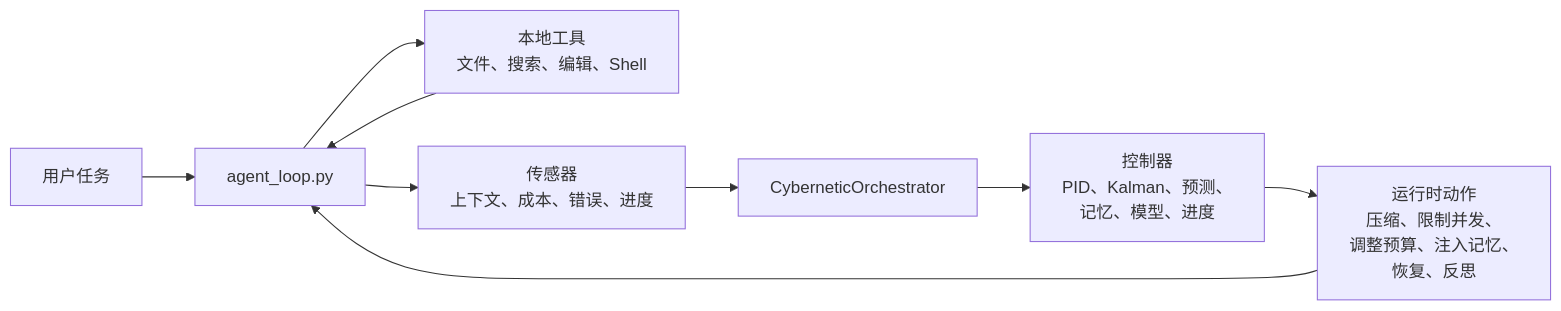
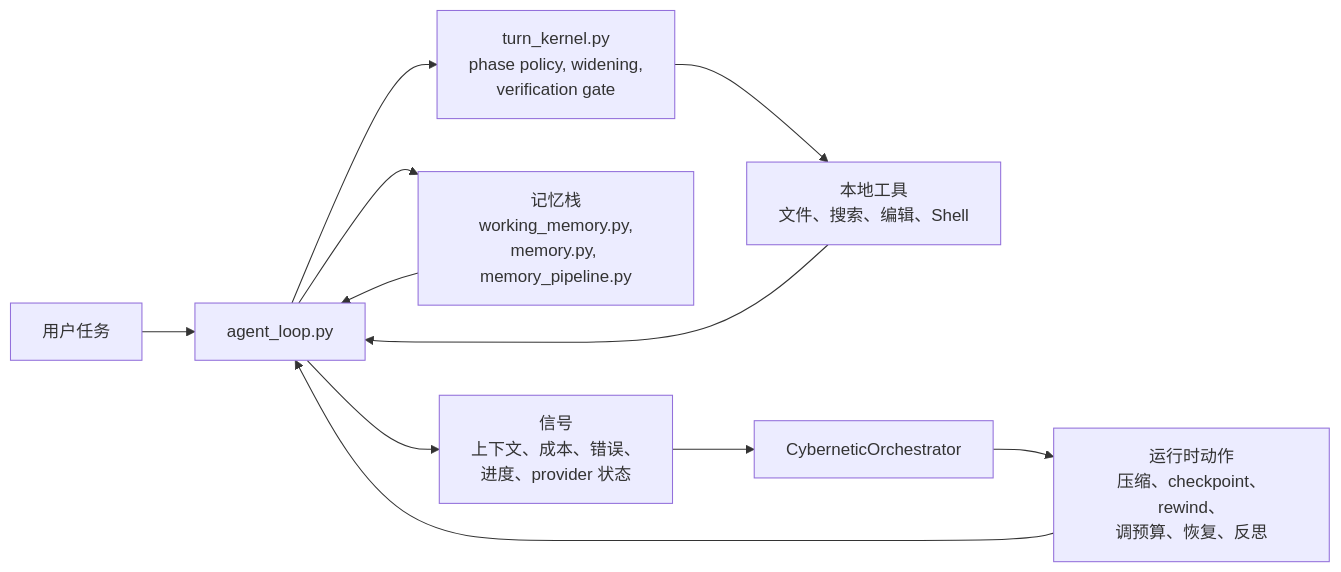
The second of 2 diagrams in README.zh-CN.md (Rrrrrr676/MiniCode-Python), drawn with Mermaid before and after one commit. The commit also changed other lines of this file and 2 other files, not shown here.

````diff
--- a/README.zh-CN.md
+++ b/README.zh-CN.md
@@ -53,12 +198,14 @@
 ```mermaid
 flowchart LR
     User["用户任务"] --> Loop["agent_loop.py"]
-    Loop --> Tools["本地工具<br/>文件、搜索、编辑、Shell"]
+    Loop --> Kernel["turn_kernel.py<br/>phase policy, widening,<br/>verification gate"]
+    Loop --> Memory["记忆栈<br/>working_memory.py,<br/>memory.py, memory_pipeline.py"]
+    Kernel --> Tools["本地工具<br/>文件、搜索、编辑、Shell"]
     Tools --> Loop
+    Memory --> Loop
 
-    Loop --> Sensors["传感器<br/>上下文、成本、错误、进度"]
-    Sensors --> Orchestrator["CyberneticOrchestrator"]
-    Orchestrator --> Control["控制器<br/>PID、Kalman、预测、<br/>记忆、模型、进度"]
-    Control --> Actions["运行时动作<br/>压缩、限制并发、<br/>调整预算、注入记忆、<br/>恢复、反思"]
+    Loop --> Signals["信号<br/>上下文、成本、错误、<br/>进度、provider 状态"]
+    Signals --> Orchestrator["CyberneticOrchestrator"]
+    Orchestrator --> Actions["运行时动作<br/>压缩、checkpoint、rewind、<br/>调预算、恢复、反思"]
     Actions --> Loop
 ```
````
